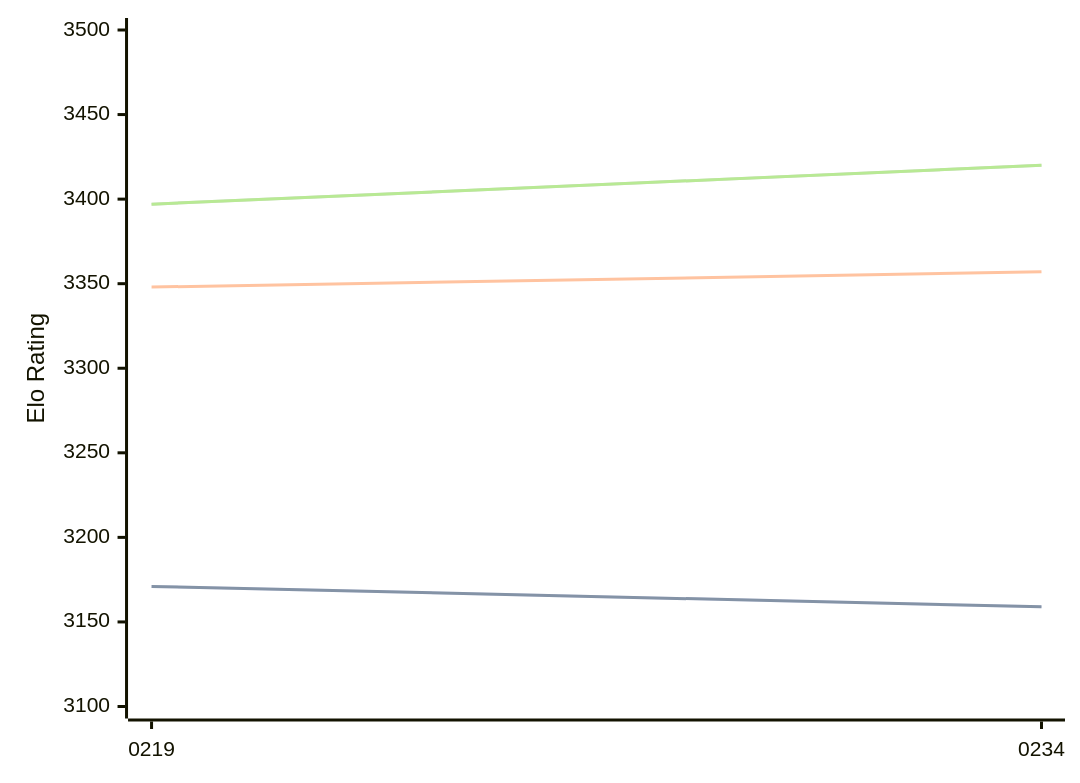
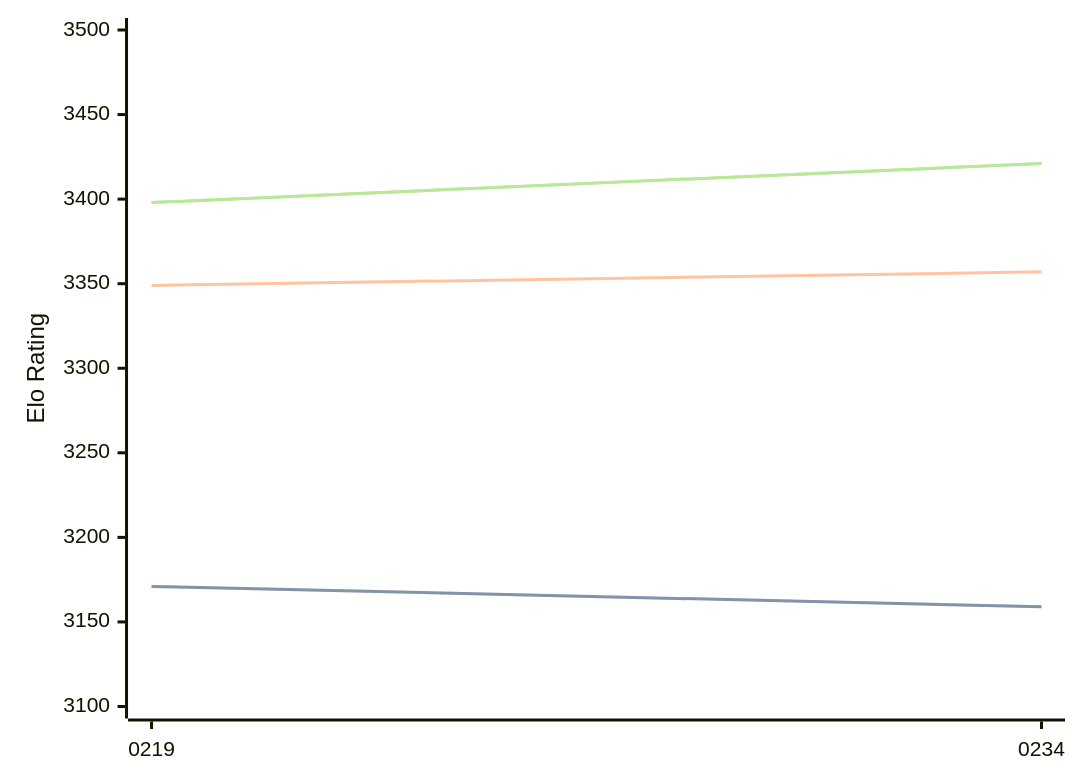
The diagram in engines/Ynode.md (computer-chess-index/cci), drawn with Mermaid before and after one commit. The commit also changed other lines of this file, not shown here.

Commit message:
Update CCI Ratings (ELO VLTC) - 2026-04-12

````diff
--- a/engines/Ynode.md
+++ b/engines/Ynode.md
@@ -39,11 +39,11 @@
 ```mermaid
 %%{init: {"theme":"base","themeVariables":{"seriesColors:['#a3a3a3','#222221','#faa371']}}}%%
 xychart-beta
   x-axis ["0219", "0234"]
   y-axis "Elo Rating" 3100 --> 3500
   line "STC (8.0+0.08s)" [3171, 3159]
   line "STC (8.0+0.08s)" [3171, 3159]
-  line "LTC (60.0+0.60s)" [3348, 3357]
-  line "VLTC (2m24s+1.12s)" [3397, 3420]
-  line "VLTC (2m24s+1.12s)" [3397, 3420]
+  line "LTC (60.0+0.60s)" [3349, 3357]
+  line "VLTC (2m24s+1.12s)" [3398, 3421]
+  line "VLTC (2m24s+1.12s)" [3398, 3421]
 ```
````
